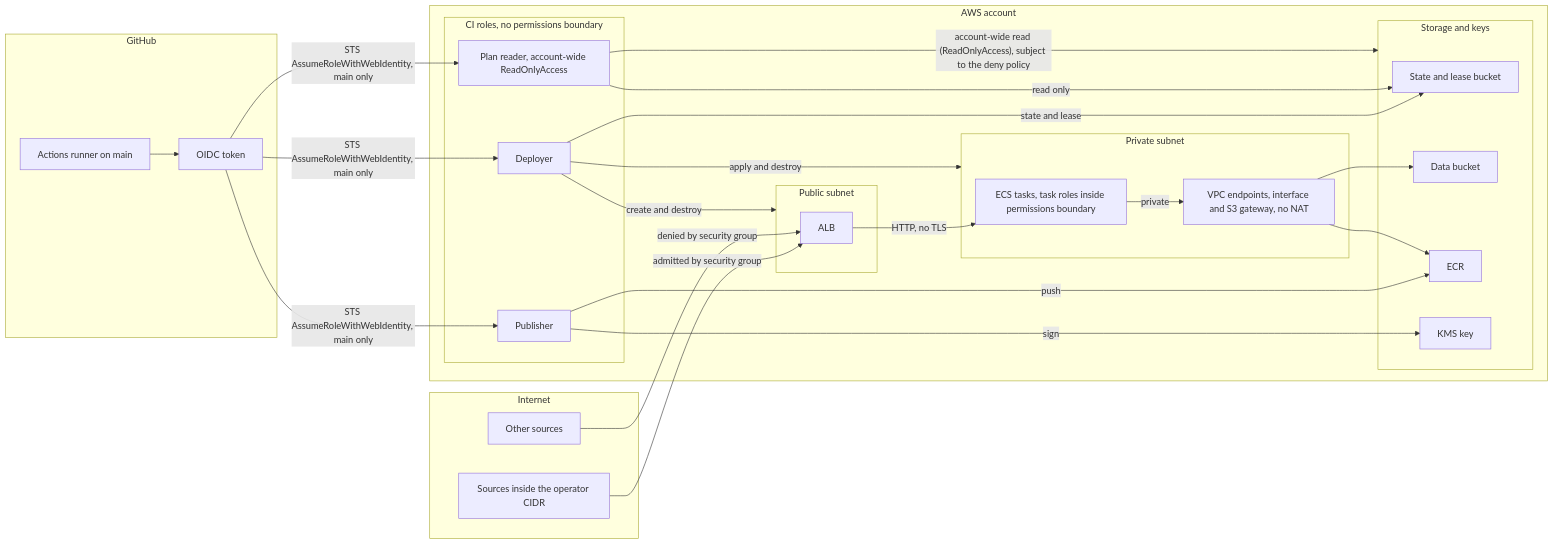
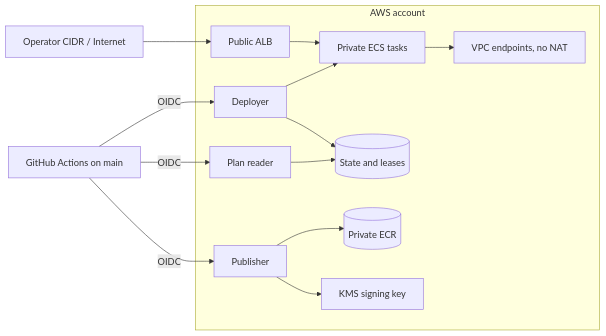
The diagram in docs/THREAT_MODEL.md (FunnyValentine69/orbit-infra), drawn with Mermaid before and after one commit. The commit also changed other lines of this file and 15 other files, not shown here.

````diff
--- a/docs/THREAT_MODEL.md
+++ b/docs/THREAT_MODEL.md
@@ -17,48 +15,16 @@
 ```mermaid
 flowchart LR
-  subgraph internet["Internet"]
-    inside["Sources inside the operator CIDR"]
-    outside["Other sources"]
+  source["Operator CIDR / Internet"] --> alb[Public ALB]
+  runner["GitHub Actions on main"] -->|OIDC| plan[Plan reader]
+  runner -->|OIDC| deployer[Deployer]
+  runner -->|OIDC| publisher[Publisher]
+  subgraph aws["AWS account"]
+    alb --> ecs[Private ECS tasks]
+    ecs --> endpoints["VPC endpoints, no NAT"]
+    deployer --> state[(State and leases)]
+    deployer --> ecs
+    publisher --> ecr[(Private ECR)]
+    publisher --> kms[KMS signing key]
+    plan --> state
   end
-  subgraph github["GitHub"]
-    runner["Actions runner on main"]
-    token["OIDC token"]
-  end
-  subgraph aws["AWS account"]
-    subgraph roles["CI roles, no permissions boundary"]
-      plan["Plan reader, account-wide ReadOnlyAccess"]
-      deployer["Deployer"]
-      publisher["Publisher"]
-    end
-    subgraph public["Public subnet"]
-      alb["ALB"]
-    end
-    subgraph private["Private subnet"]
-      ecs["ECS tasks, task roles inside permissions boundary"]
-      endpoints["VPC endpoints, interface and S3 gateway, no NAT"]
-    end
-    subgraph storage["Storage and keys"]
-      state["State and lease bucket"]
-      data["Data bucket"]
-      ecr["ECR"]
-      kms["KMS key"]
-    end
-  end
-  inside -->|"admitted by security group"| alb
-  outside -->|"denied by security group"| alb
-  runner --> token
-  token -->|"STS AssumeRoleWithWebIdentity, main only"| plan
-  token -->|"STS AssumeRoleWithWebIdentity, main only"| deployer
-  token -->|"STS AssumeRoleWithWebIdentity, main only"| publisher
-  deployer -->|"apply and destroy"| private
-  deployer -->|"create and destroy"| public
-  deployer -->|"state and lease"| state
-  publisher -->|"push"| ecr
-  publisher -->|"sign"| kms
-  plan -->|"read only"| state
-  plan -->|"account-wide read (ReadOnlyAccess), subject to the deny policy"| storage
-  alb -->|"HTTP, no TLS"| ecs
-  ecs -->|"private"| endpoints
-  endpoints --> data
-  endpoints --> ecr
 ```
````
